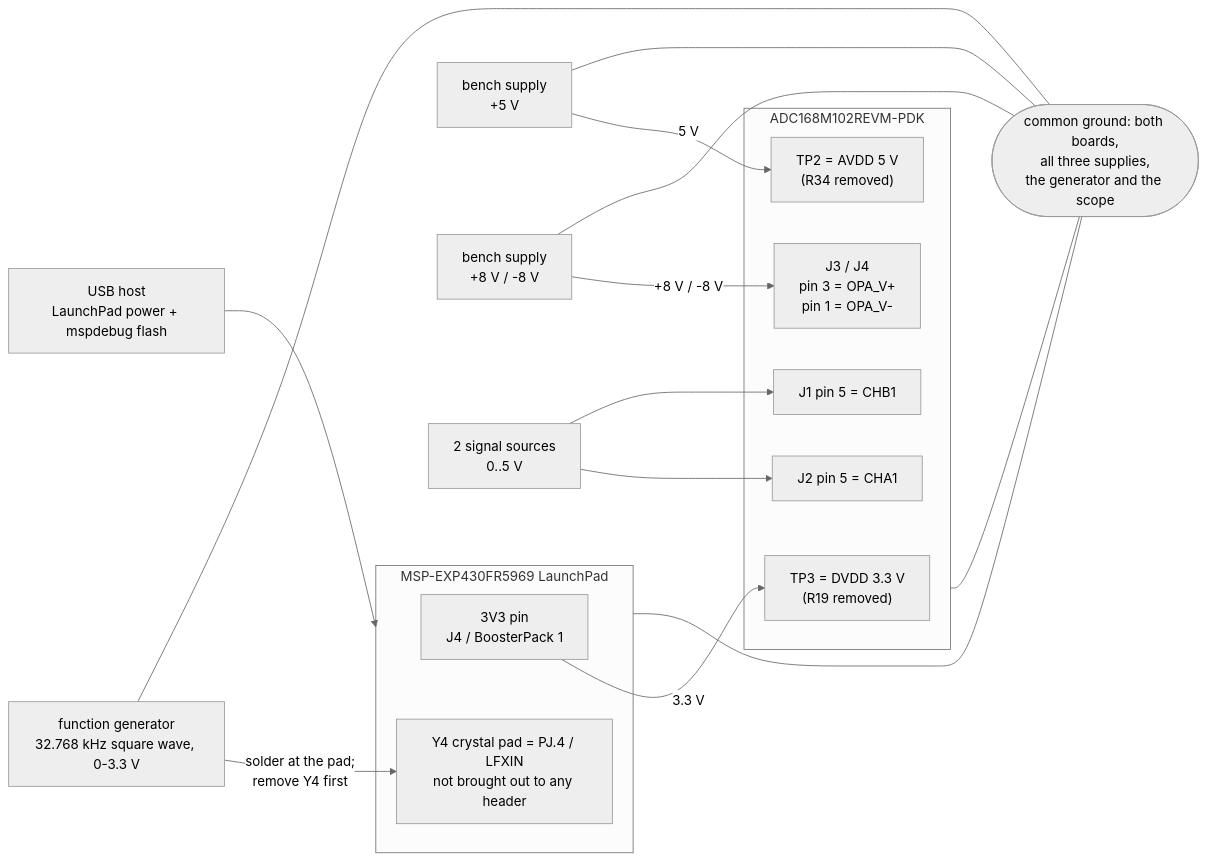
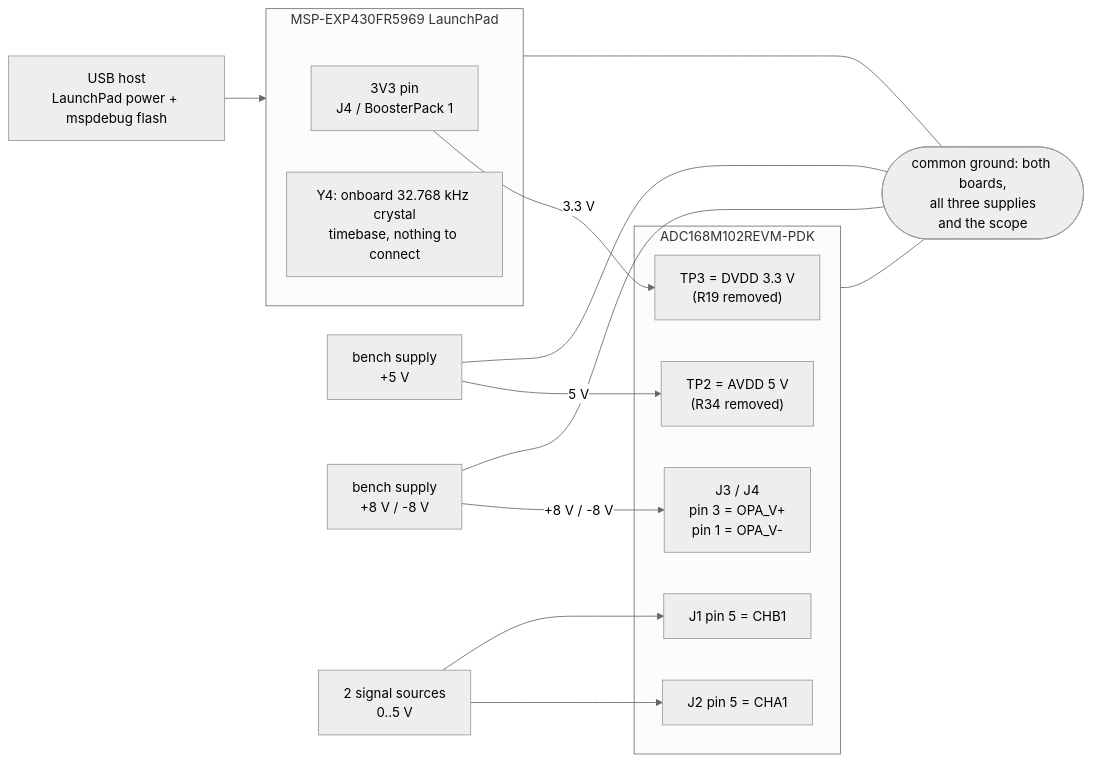
The seventh of 13 diagrams in docs/DESIGN.md (S-OConnor/MSP430_TestRepo), drawn with Mermaid (neutral theme) before and after one commit. The commit also changed other lines of this file, not shown here.

````diff
--- a/docs/DESIGN.md
+++ b/docs/DESIGN.md
@@ -654,36 +666,33 @@
 ```mermaid
 flowchart LR
     USB["USB host<br/>LaunchPad power + mspdebug flash"]
-    FG["function generator<br/>32.768 kHz square wave, 0-3.3 V"]
     P5["bench supply<br/>+5 V"]
     PB["bench supply<br/>+8 V / -8 V"]
     AIN["2 signal sources<br/>0..5 V"]
 
     subgraph LPP["MSP-EXP430FR5969 LaunchPad"]
         V33["3V3 pin<br/>J4 / BoosterPack 1"]
-        Y4["Y4 crystal pad = PJ.4 / LFXIN<br/>not brought out to any header"]
+        Y4["Y4: onboard 32.768 kHz crystal<br/>timebase, nothing to connect"]
     end
 
     subgraph EVMP["ADC168M102REVM-PDK"]
         TP3["TP3 = DVDD 3.3 V<br/>(R19 removed)"]
         TP2["TP2 = AVDD 5 V<br/>(R34 removed)"]
         J34["J3 / J4<br/>pin 3 = OPA_V+<br/>pin 1 = OPA_V-"]
         J2H["J2 pin 5 = CHA1"]
         J1H["J1 pin 5 = CHB1"]
     end
 
     USB --> LPP
     V33 -->|"3.3 V"| TP3
     P5 -->|"5 V"| TP2
     PB -->|"+8 V / -8 V"| J34
     AIN --> J2H
     AIN --> J1H
-    FG -->|"solder at the pad;<br/>remove Y4 first"| Y4
 
-    GND(["common ground: both boards,<br/>all three supplies,<br/>the generator and the scope"])
+    GND(["common ground: both boards,<br/>all three supplies<br/>and the scope"])
     LPP --- GND
     EVMP --- GND
     P5 --- GND
     PB --- GND
-    FG --- GND
 ```
````
